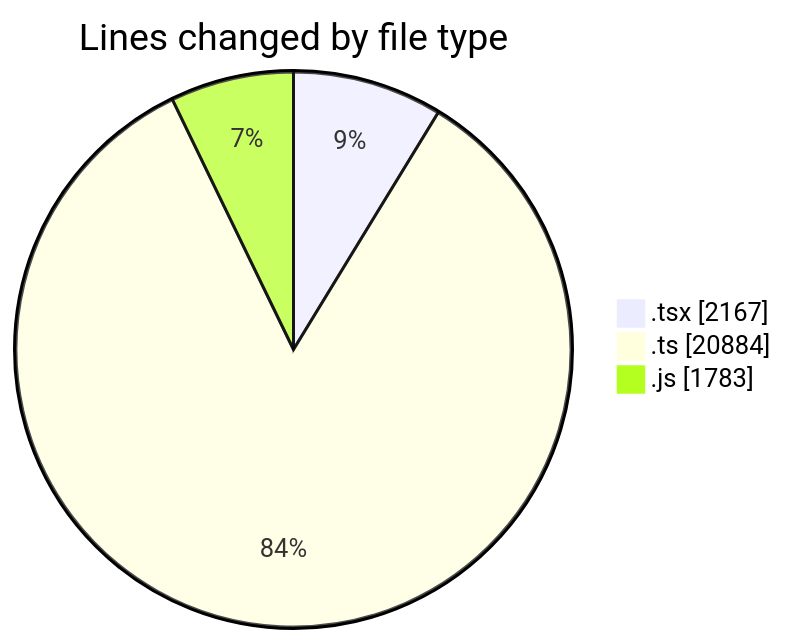
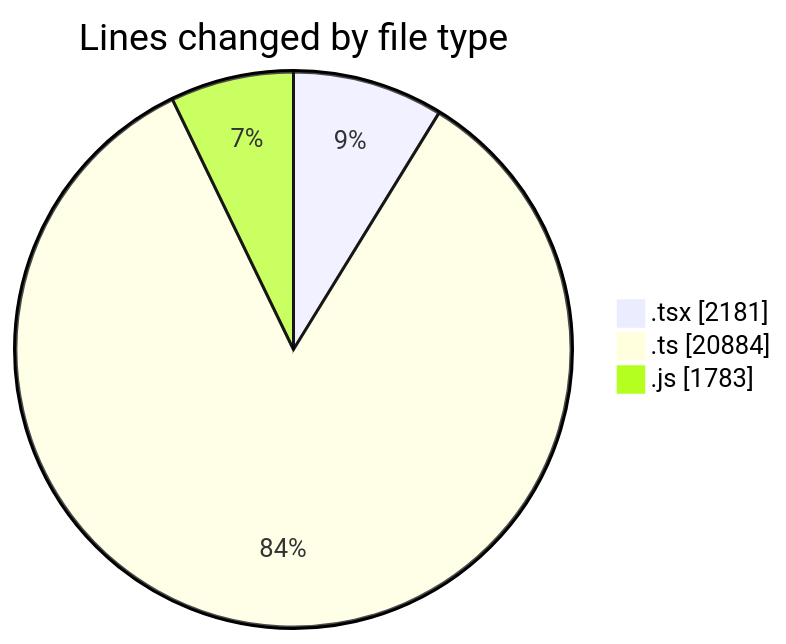
One commit to momahboobian/code-tracking changed the first of 2 diagrams in 2026-07-31/cda/README.md. Above: the diagram before and after it, drawn with Mermaid. The commit also changed other lines of this file and 1 other file, not shown here.

````diff
--- a/2026-07-31/cda/README.md
+++ b/2026-07-31/cda/README.md
@@ -51,7 +51,7 @@
 ```mermaid
 pie showData
 title Lines changed by file type
-".tsx" : 2167
+".tsx" : 2181
 ".ts" : 20884
 ".js" : 1783
 ```
````
